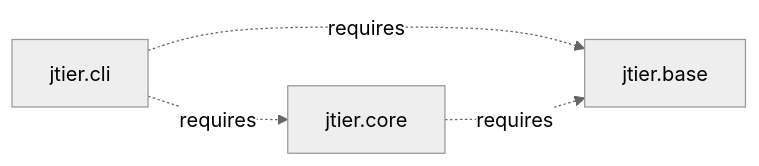
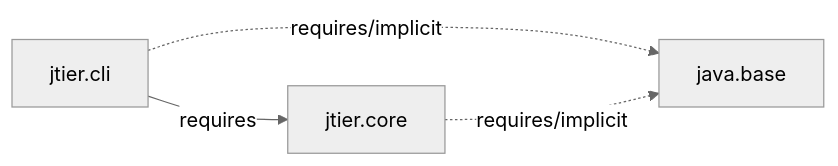
Before and after one commit to cchacin/jigsaw: the second of 2 diagrams in README.md, drawn with Mermaid (neutral theme).

Commit message:
README.md

````diff
--- a/README.md
+++ b/README.md
@@ -12,6 +12,6 @@
 ```mermaid
 graph LR;
-  jtier.cli-.requires.->jtier.core;
-  jtier.cli-.requires.->jtier.base;
-  jtier.core-.requires.->jtier.base;
+  jtier.cli--requires-->jtier.core;
+  jtier.cli-.requires/implicit.->java.base;
+  jtier.core-.requires/implicit.->java.base;
 ```
````
